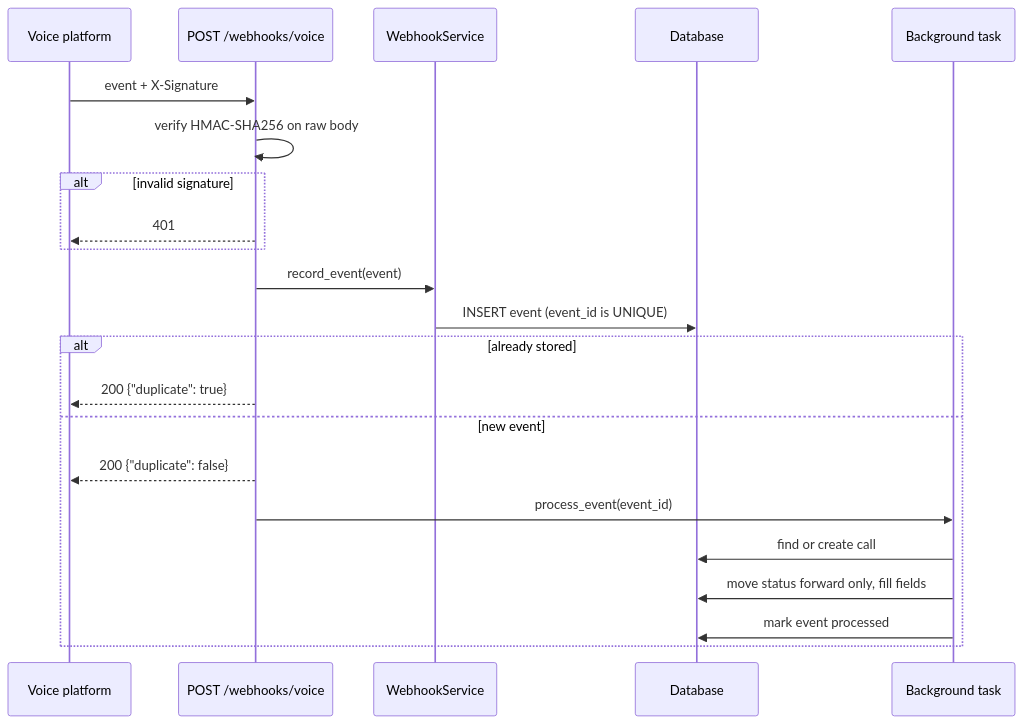
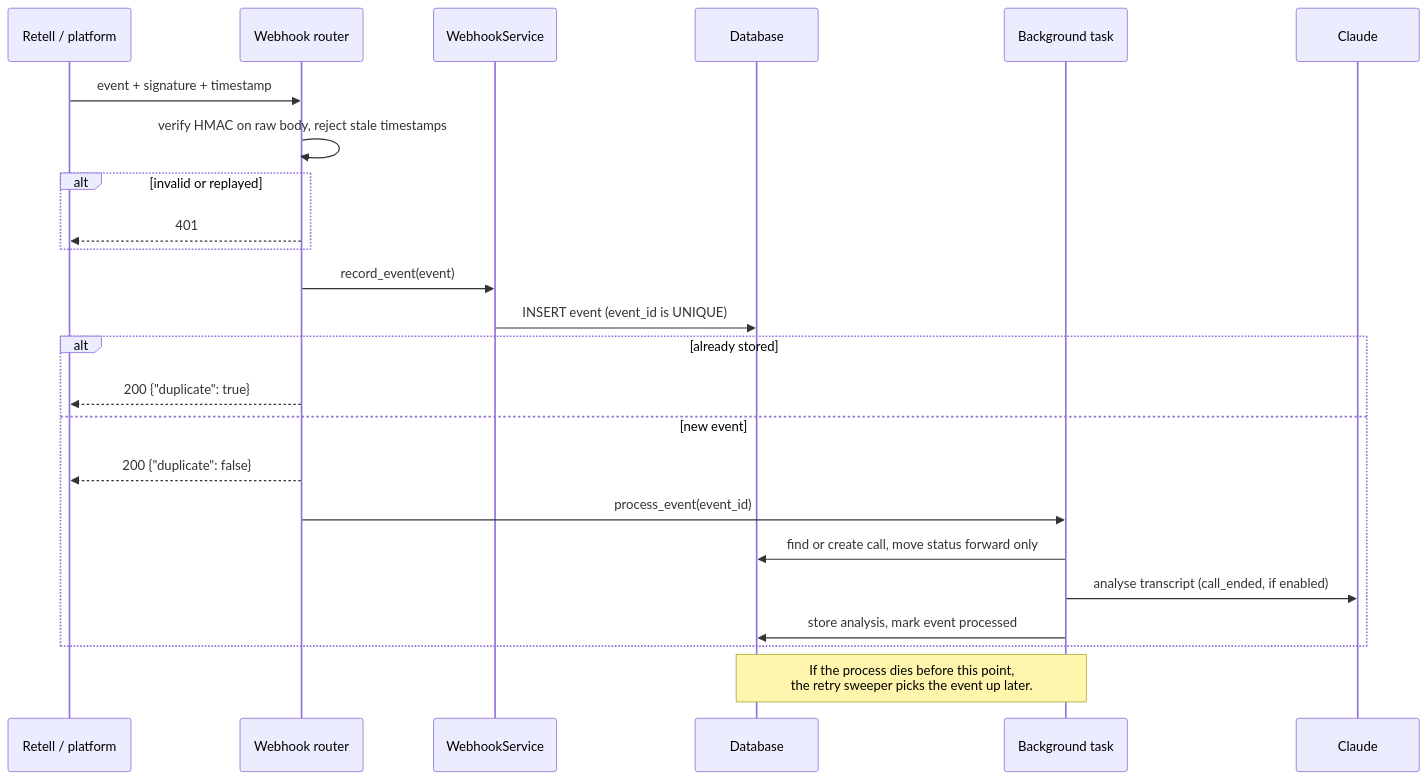
One commit to Abhi291712/Abhi291712 changed the second of 2 diagrams in README.md. Above: the diagram before and after it, drawn with Mermaid. The commit also changed other lines of this file and 21 other files, not shown here.

````diff
--- a/README.md
+++ b/README.md
@@ -48,25 +70,27 @@
 ```mermaid
 sequenceDiagram
-    participant P as Voice platform
-    participant R as POST /webhooks/voice
+    participant P as Retell / platform
+    participant R as Webhook router
     participant S as WebhookService
     participant DB as Database
     participant BG as Background task
+    participant C as Claude
 
-    P->>R: event + X-Signature
-    R->>R: verify HMAC-SHA256 on raw body
-    alt invalid signature
+    P->>R: event + signature + timestamp
+    R->>R: verify HMAC on raw body, reject stale timestamps
+    alt invalid or replayed
         R-->>P: 401
     end
     R->>S: record_event(event)
     S->>DB: INSERT event (event_id is UNIQUE)
     alt already stored
         R-->>P: 200 {"duplicate": true}
     else new event
         R-->>P: 200 {"duplicate": false}
         R->>BG: process_event(event_id)
-        BG->>DB: find or create call
-        BG->>DB: move status forward only, fill fields
-        BG->>DB: mark event processed
+        BG->>DB: find or create call, move status forward only
+        BG->>C: analyse transcript (call_ended, if enabled)
+        BG->>DB: store analysis, mark event processed
     end
+    Note over BG,DB: If the process dies before this point,<br/>the retry sweeper picks the event up later.
 ```
````
